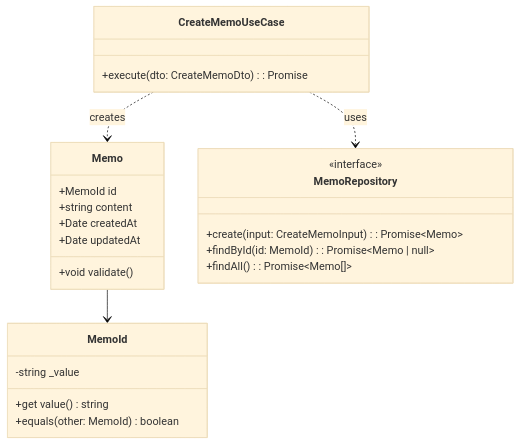
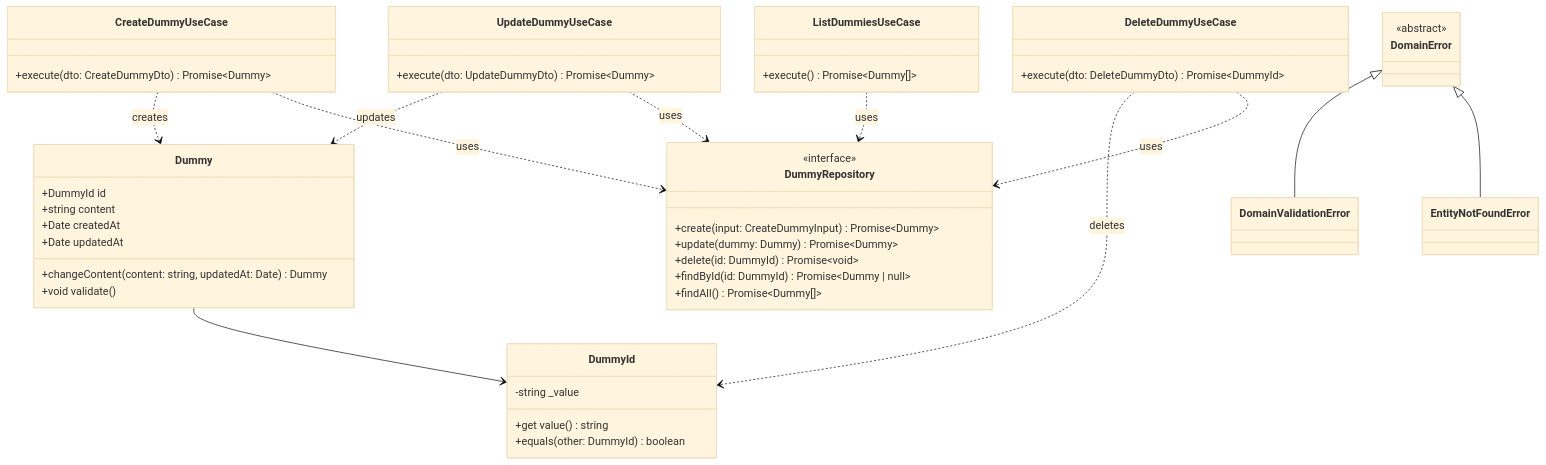
One commit to Hitamuki/study-web-modern-stack changed the diagram in docs/domain-model.md. Above: the diagram before and after it, drawn with Mermaid (base theme). The commit also changed other lines of this file, not shown here.

Commit message:
docs: ドメインモデル図を Dummy に更新 #51

````diff
--- a/docs/domain-model.md
+++ b/docs/domain-model.md
@@ -5,32 +5,56 @@
 ```mermaid
 classDiagram
-  class Memo {
-    +MemoId id
+  class Dummy {
+    +DummyId id
     +string content
     +Date createdAt
     +Date updatedAt
+    +changeContent(content: string, updatedAt: Date) Dummy
     +void validate()
   }
 
-  class MemoId {
+  class DummyId {
     -string _value
     +get value() string
-    +equals(other: MemoId) boolean
+    +equals(other: DummyId) boolean
   }
 
-  class MemoRepository {
+  class DummyRepository {
     <<interface>>
-    <!-- TODO: createメソッドの引数はオブジェクトに -->
-    +create(input: CreateMemoInput): Promise~Memo~
-    +findById(id: MemoId): Promise~Memo | null~
-    +findAll(): Promise~Memo[]~
+    +create(input: CreateDummyInput) Promise~Dummy~
+    +update(dummy: Dummy) Promise~Dummy~
+    +delete(id: DummyId) Promise~void~
+    +findById(id: DummyId) Promise~Dummy | null~
+    +findAll() Promise~Dummy[]~
   }
 
-  class CreateMemoUseCase {
-    +execute(dto: CreateMemoDto): Promise<Memo>
+  class CreateDummyUseCase {
+    +execute(dto: CreateDummyDto) Promise~Dummy~
+  }
+  class UpdateDummyUseCase {
+    +execute(dto: UpdateDummyDto) Promise~Dummy~
+  }
+  class DeleteDummyUseCase {
+    +execute(dto: DeleteDummyDto) Promise~DummyId~
+  }
+  class ListDummiesUseCase {
+    +execute() Promise~Dummy[]~
   }
 
-  Memo --> MemoId
-  CreateMemoUseCase ..> Memo : creates
-  CreateMemoUseCase ..> MemoRepository : uses
+  class DomainError {
+    <<abstract>>
+  }
+  class DomainValidationError
+  class EntityNotFoundError
+
+  Dummy --> DummyId
+  DomainError <|-- DomainValidationError
+  DomainError <|-- EntityNotFoundError
+  CreateDummyUseCase ..> Dummy : creates
+  UpdateDummyUseCase ..> Dummy : updates
+  DeleteDummyUseCase ..> DummyId : deletes
+  CreateDummyUseCase ..> DummyRepository : uses
+  UpdateDummyUseCase ..> DummyRepository : uses
+  DeleteDummyUseCase ..> DummyRepository : uses
+  ListDummiesUseCase ..> DummyRepository : uses
 ```
````
